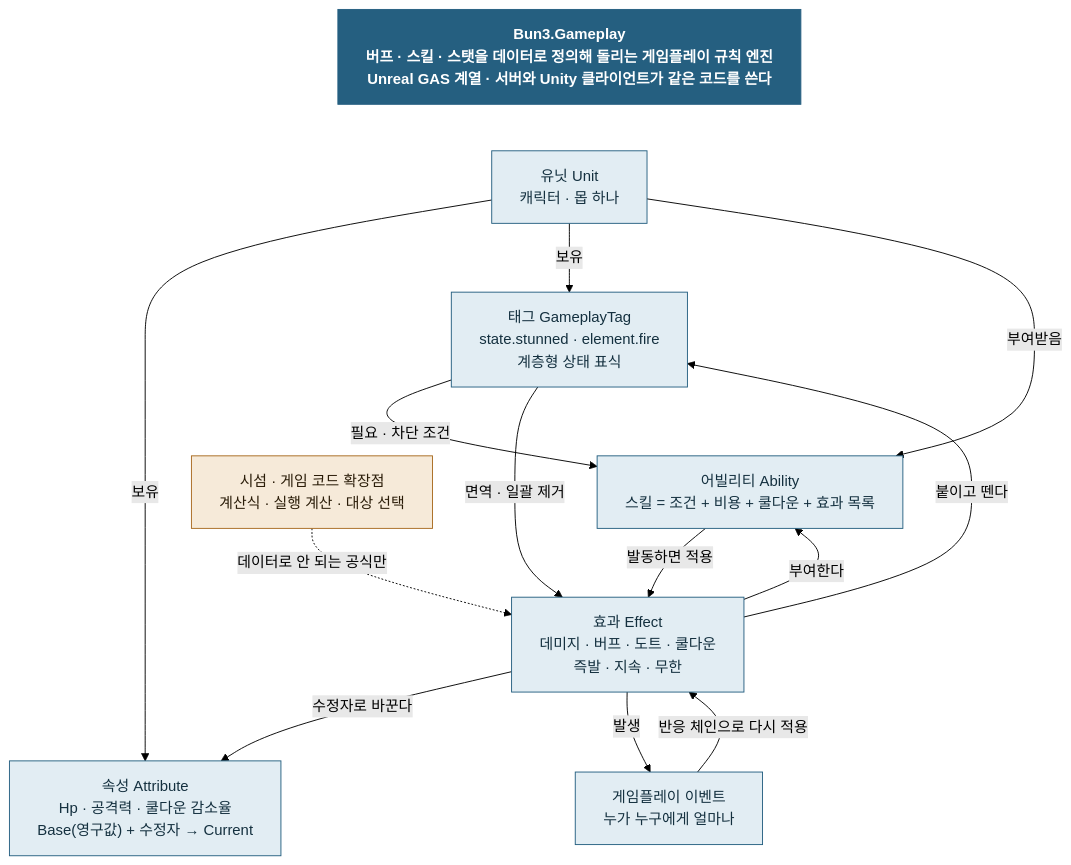
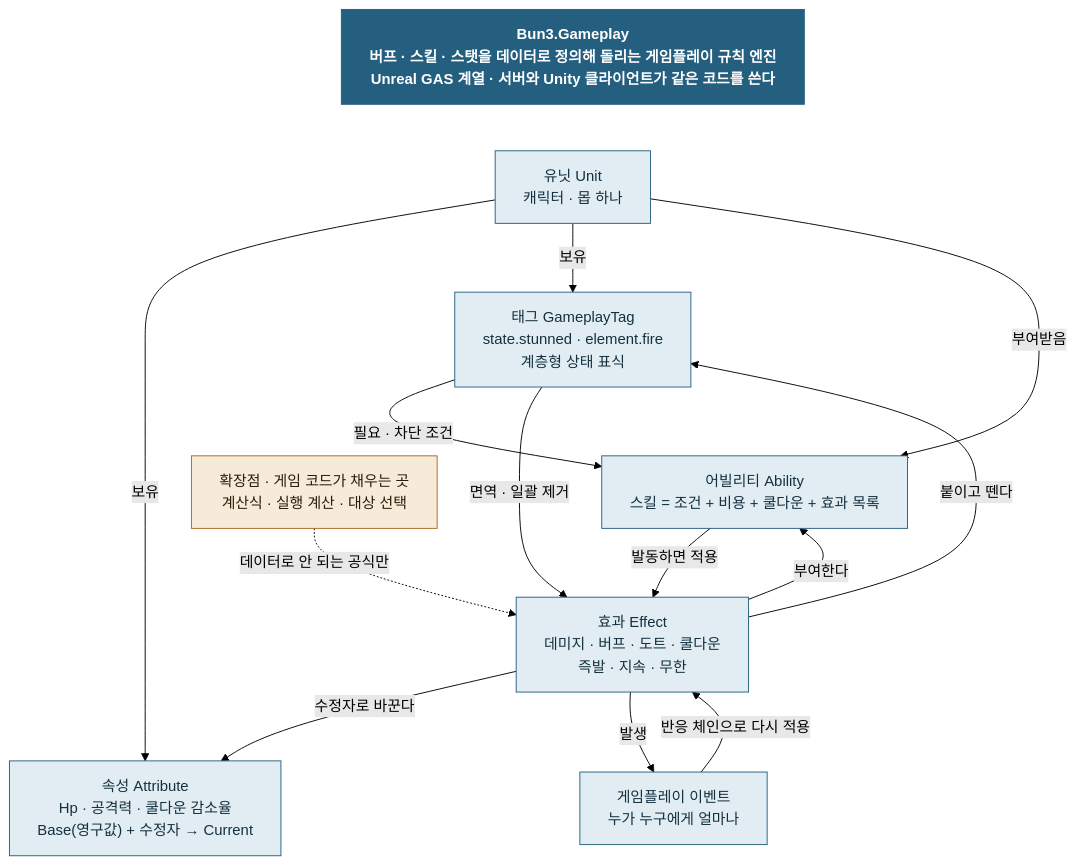
Before and after one commit to Bun3/bun3-kit: the second of 13 diagrams in docs/architecture/gameplay.md, drawn with Mermaid (forest theme). The commit also changed other lines of this file and 1 other file, not shown here.

````diff
--- a/docs/architecture/gameplay.md
+++ b/docs/architecture/gameplay.md
@@ -23,28 +23,28 @@
 ```mermaid
 %%{init: {"flowchart": {"wrappingWidth": 640}}}%%
 flowchart TB
   TITLE["Bun3.Gameplay<br/>버프 · 스킬 · 스탯을 데이터로 정의해 돌리는 게임플레이 규칙 엔진<br/>Unreal GAS 계열 · 서버와 Unity 클라이언트가 같은 코드를 쓴다"]:::title
   U["유닛 Unit<br/>캐릭터 · 몹 하나"]
   AT["속성 Attribute<br/>Hp · 공격력 · 쿨다운 감소율<br/>Base(영구값) + 수정자 → Current"]
   TG["태그 GameplayTag<br/>state.stunned · element.fire<br/>계층형 상태 표식"]
   AB["어빌리티 Ability<br/>스킬 = 조건 + 비용 + 쿨다운 + 효과 목록"]
   EF["효과 Effect<br/>데미지 · 버프 · 도트 · 쿨다운<br/>즉발 · 지속 · 무한"]
   EV["게임플레이 이벤트<br/>누가 누구에게 얼마나"]
-  SE["시섬 · 게임 코드 확장점<br/>계산식 · 실행 계산 · 대상 선택"]:::game
+  SE["확장점 · 게임 코드가 채우는 곳<br/>계산식 · 실행 계산 · 대상 선택"]:::game
   TITLE ~~~ U
   U -->|보유| AT
   U -->|보유| TG
   U -->|부여받음| AB
   AB -->|발동하면 적용| EF
   EF -->|수정자로 바꾼다| AT
   EF -->|붙이고 뗀다| TG
   EF -->|부여한다| AB
   TG -->|필요 · 차단 조건| AB
   TG -->|면역 · 일괄 제거| EF
   EF -->|발생| EV
   EV -->|반응 체인으로 다시 적용| EF
   SE -.->|데이터로 안 되는 공식만| EF
   classDef title fill:#255f80,stroke:#255f80,color:#ffffff,font-weight:bold
   classDef game fill:#f6ead9,stroke:#a8691f,color:#2a1c08
   classDef default fill:#e2edf3,stroke:#255f80,color:#14303f
 ```
````
